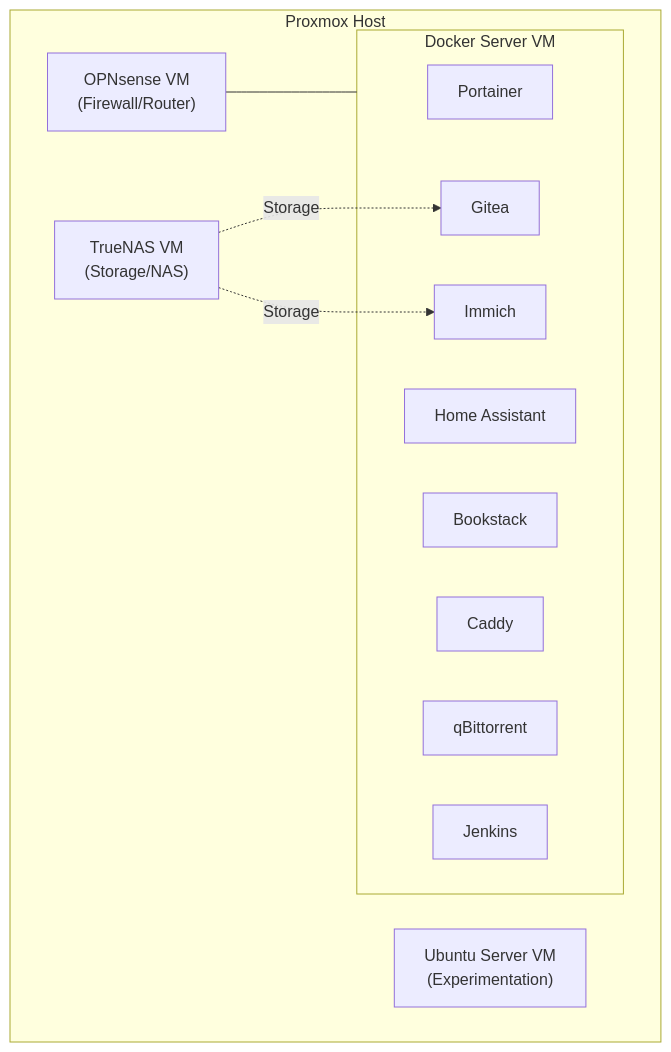
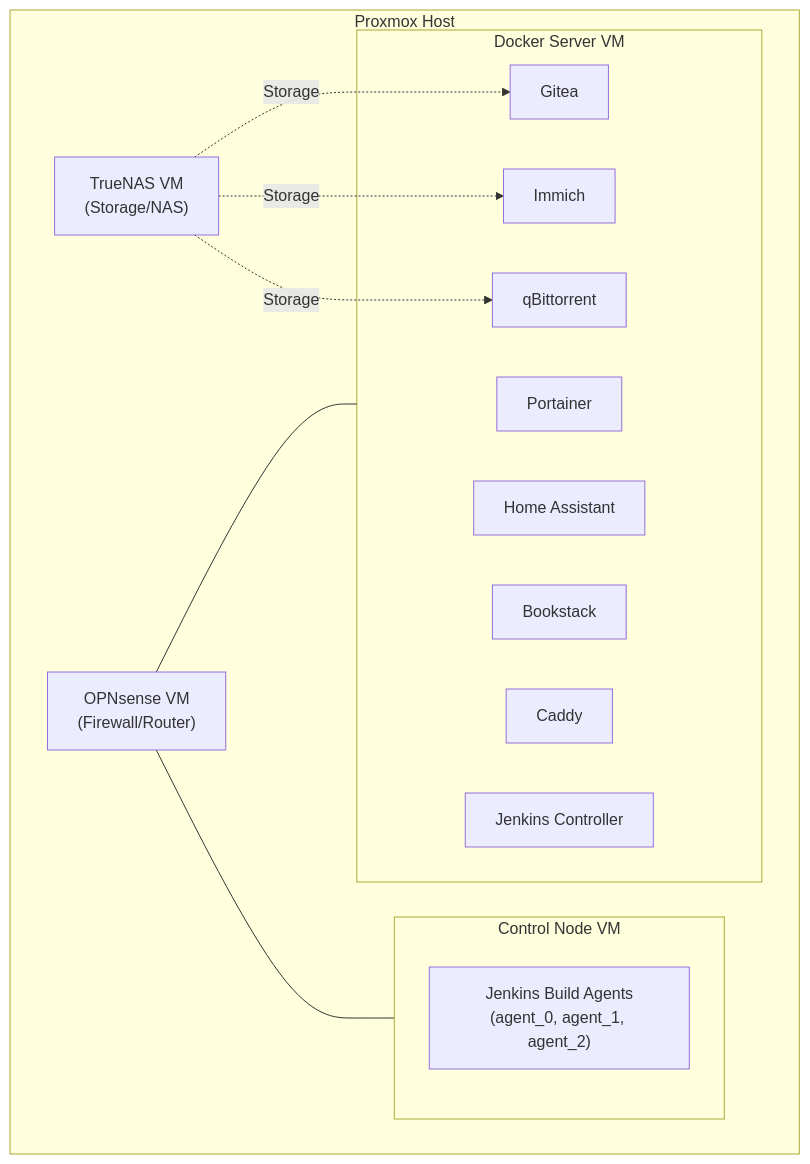
One commit to telemc97/homelab_docker_compose changed the diagram in README.md. Above: the diagram before and after it, drawn with Mermaid. The commit also changed other lines of this file, not shown here.

Commit message:
graph updated

````diff
--- a/README.md
+++ b/README.md
@@ -17,23 +17,28 @@
 ```mermaid
 graph TD
-    subgraph Proxmox [Proxmox Host]
+    subgraph Proxmox ["Proxmox Host"]
         OPN["OPNsense VM<br/>(Firewall/Router)"]
         NAS["TrueNAS VM<br/>(Storage/NAS)"]
-        Exp["Ubuntu Server VM<br/>(Experimentation)"]
-        
-        subgraph DockerVM [Docker Server VM]
-            Portainer[Portainer]
+
+        subgraph CtrlVM ["Control Node VM"]
+            Agents["Jenkins Build Agents<br/>(agent_0, agent_1, agent_2)"]
+        end
+
+        subgraph DockerVM ["Docker Server VM"]
+            Portainer["Portainer"]
             HASS["Home Assistant"]
-            Gitea[Gitea]
-            Book[Bookstack]
-            Caddy[Caddy]
-            Immich[Immich]
-            qBit[qBittorrent]
-            Jenkins[Jenkins]
+            Gitea["Gitea"]
+            Book["Bookstack"]
+            Caddy["Caddy"]
+            Immich["Immich"]
+            qBit["qBittorrent"]
+            Jenkins["Jenkins Controller"]
         end
     end
 
-    NAS -.->|Storage| Gitea
-    NAS -.->|Storage| Immich
+    NAS -.->|"Storage"| Gitea
+    NAS -.->|"Storage"| Immich
+    NAS -.->|"Storage"| qBit
     OPN --- DockerVM
+    OPN --- CtrlVM
 ```
````
